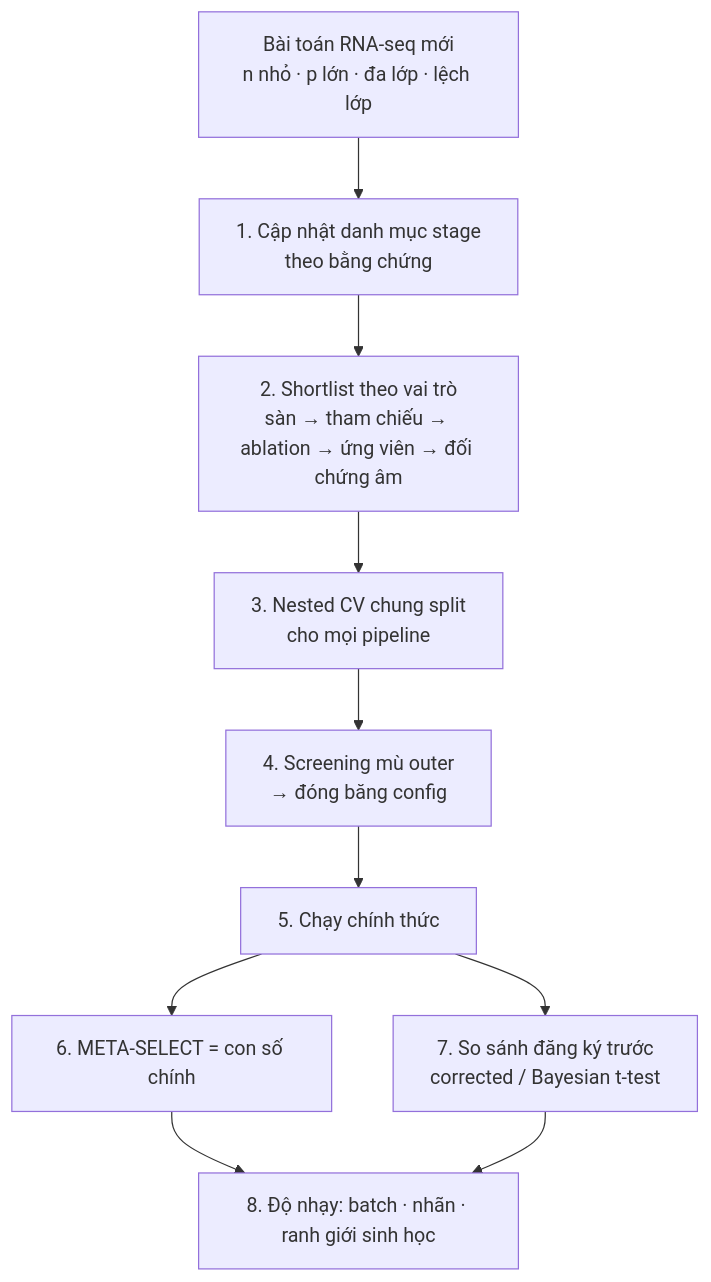
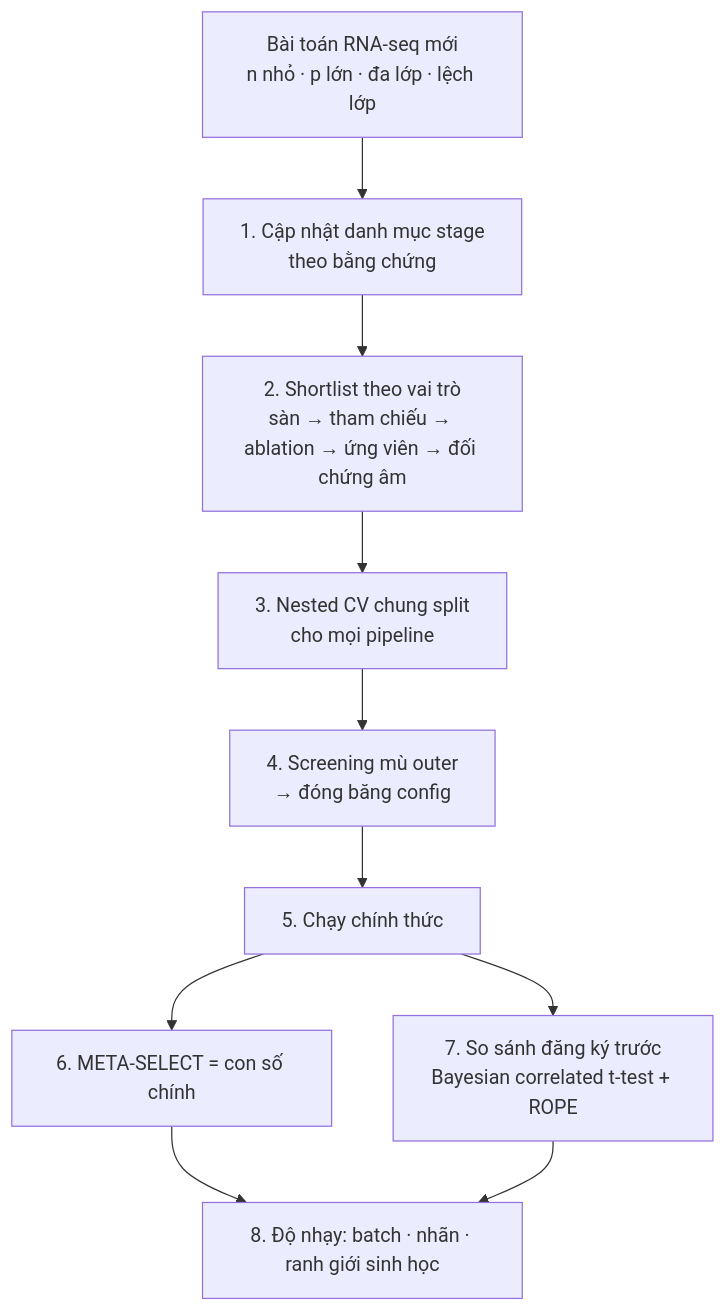
One commit to nhdung98/ProjectA changed diagram 12 of 12 in docs/protocol_3.0_proposal.md. Above: the diagram before and after it, drawn with Mermaid. The commit also changed other lines of this file and 2 other files, not shown here.

Commit message:
docs: update protocol 3.0 proposal and add mock results and nested CV diagram

````diff
--- a/docs/protocol_3.0_proposal.md
+++ b/docs/protocol_3.0_proposal.md
@@ -588,12 +477,12 @@
 ```mermaid
 flowchart TD
   A["Bài toán RNA-seq mới<br/>n nhỏ · p lớn · đa lớp · lệch lớp"] --> B["1. Cập nhật danh mục stage<br/>theo bằng chứng"]
   B --> C["2. Shortlist theo vai trò<br/>sàn → tham chiếu → ablation → ứng viên → đối chứng âm"]
   C --> D["3. Nested CV chung split<br/>cho mọi pipeline"]
   D --> E["4. Screening mù outer<br/>→ đóng băng config"]
   E --> F["5. Chạy chính thức"]
   F --> G["6. META-SELECT = con số chính"]
-  F --> H["7. So sánh đăng ký trước<br/>corrected / Bayesian t-test"]
+  F --> H["7. So sánh đăng ký trước<br/>Bayesian correlated t-test + ROPE"]
   G --> I["8. Độ nhạy: batch · nhãn · ranh giới sinh học"]
   H --> I
 ```
````
